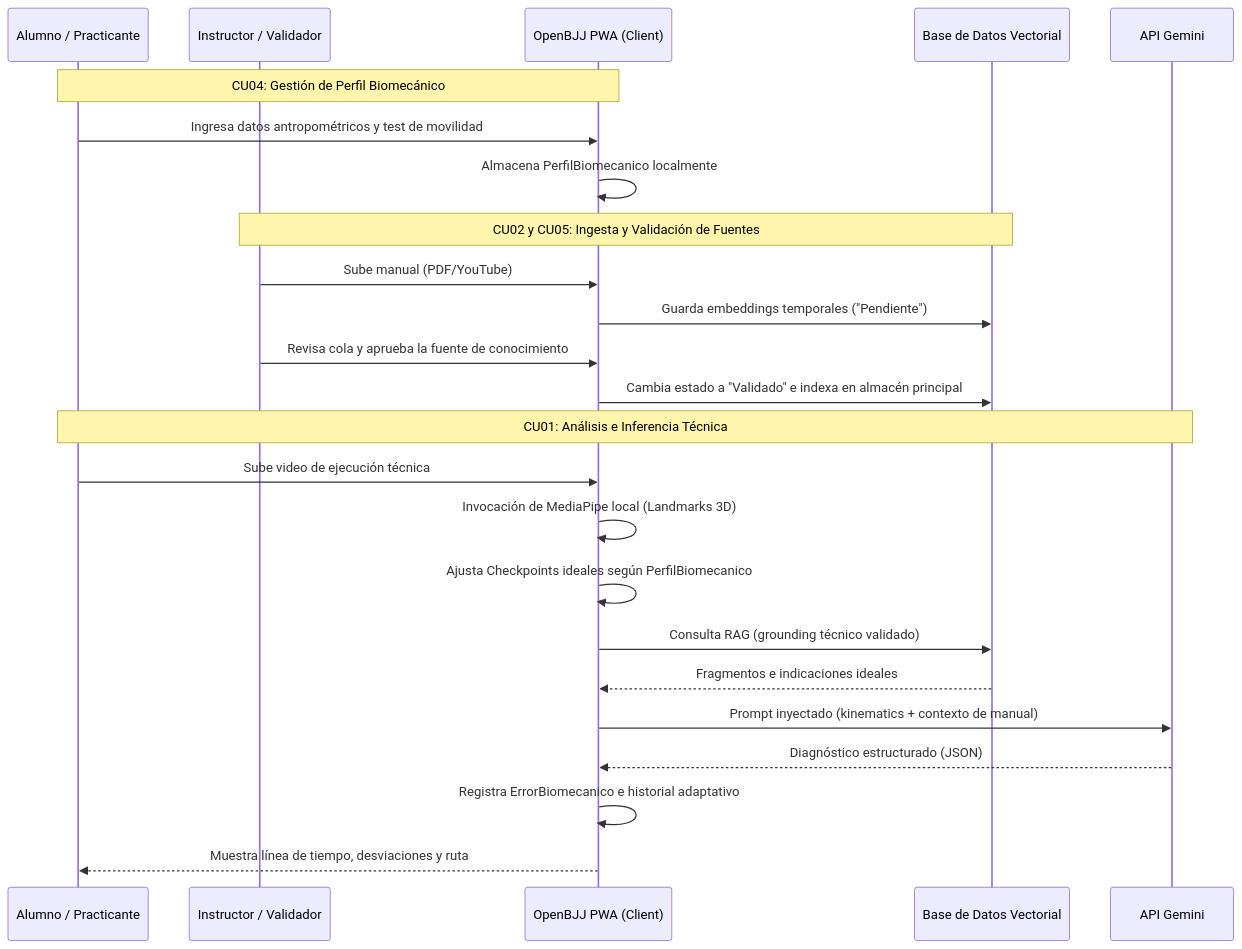
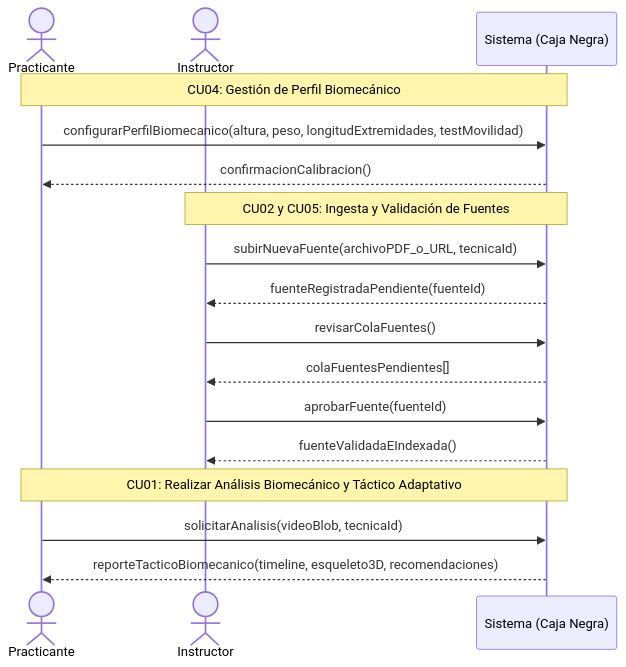
The second of 4 diagrams in README.md (Tsmrain/Documentacion), drawn with Mermaid before and after one commit.

Commit message:
docs: simplify Mermaid sequence diagrams in README by abstracting system components and clarifying API operations

````diff
--- a/README.md
+++ b/README.md
@@ -671,29 +671,22 @@
 ```mermaid
 sequenceDiagram
-    participant Practicante as Alumno / Practicante
-    participant Instructor as Instructor / Validador
-    participant PWA as OpenBJJ PWA (Client)
-    participant VectorDB as Base de Datos Vectorial
-    participant LLM as API Gemini
+    actor Practicante as Practicante
+    actor Instructor as Instructor
+    participant Sistema as Sistema (Caja Negra)
 
-    Note over Practicante,PWA: CU04: Gestión de Perfil Biomecánico
-    Practicante->>PWA: Ingresa datos antropométricos y test de movilidad
-    PWA->>PWA: Almacena PerfilBiomecanico localmente
+    Note over Practicante,Sistema: CU04: Gestión de Perfil Biomecánico
+    Practicante->>Sistema: configurarPerfilBiomecanico(altura, peso, longitudExtremidades, testMovilidad)
+    Sistema-->>Practicante: confirmacionCalibracion()
 
-    Note over Instructor,VectorDB: CU02 y CU05: Ingesta y Validación de Fuentes
-    Instructor->>PWA: Sube manual (PDF/YouTube)
-    PWA->>VectorDB: Guarda embeddings temporales ("Pendiente")
-    Instructor->>PWA: Revisa cola y aprueba la fuente de conocimiento
-    PWA->>VectorDB: Cambia estado a "Validado" e indexa en almacén principal
+    Note over Instructor,Sistema: CU02 y CU05: Ingesta y Validación de Fuentes
+    Instructor->>Sistema: subirNuevaFuente(archivoPDF_o_URL, tecnicaId)
+    Sistema-->>Instructor: fuenteRegistradaPendiente(fuenteId)
+    Instructor->>Sistema: revisarColaFuentes()
+    Sistema-->>Instructor: colaFuentesPendientes[]
+    Instructor->>Sistema: aprobarFuente(fuenteId)
+    Sistema-->>Instructor: fuenteValidadaEIndexada()
 
-    Note over Practicante,LLM: CU01: Análisis e Inferencia Técnica
-    Practicante->>PWA: Sube video de ejecución técnica
-    PWA->>PWA: Invocación de MediaPipe local (Landmarks 3D)
-    PWA->>PWA: Ajusta Checkpoints ideales según PerfilBiomecanico
-    PWA->>VectorDB: Consulta RAG (grounding técnico validado)
-    VectorDB-->>PWA: Fragmentos e indicaciones ideales
-    PWA->>LLM: Prompt inyectado (kinematics + contexto de manual)
-    LLM-->>PWA: Diagnóstico estructurado (JSON)
-    PWA->>PWA: Registra ErrorBiomecanico e historial adaptativo
-    PWA-->>Practicante: Muestra línea de tiempo, desviaciones y ruta
+    Note over Practicante,Sistema: CU01: Realizar Análisis Biomecánico y Táctico Adaptativo
+    Practicante->>Sistema: solicitarAnalisis(videoBlob, tecnicaId)
+    Sistema-->>Practicante: reporteTacticoBiomecanico(timeline, esqueleto3D, recomendaciones)
 ```
````
